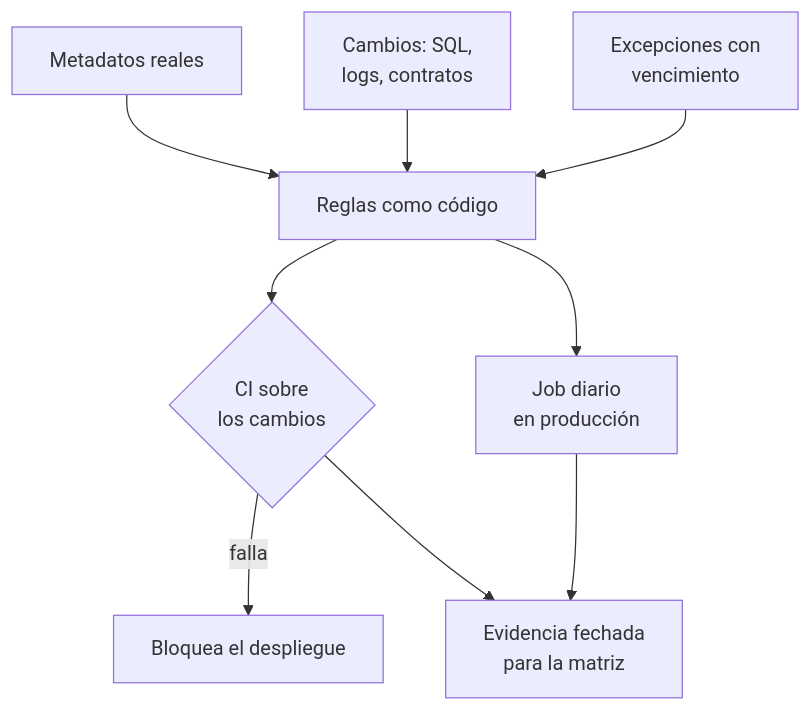
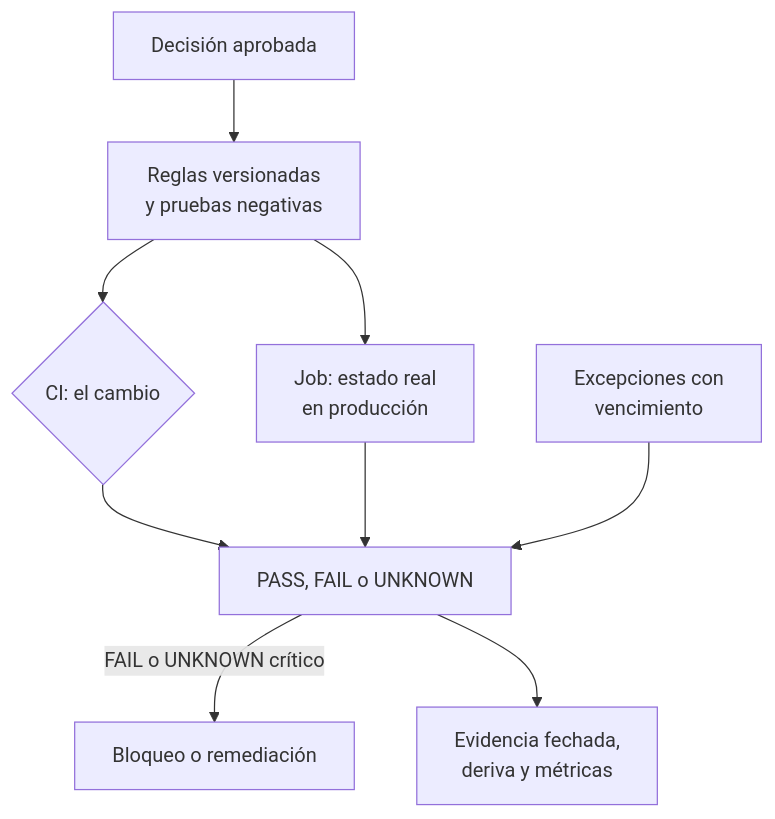
The diagram in content/concepts/privacy-controls-as-code.md (fcp4891/de-knowledge-hub), drawn with Mermaid before and after one commit. The commit also changed other lines of this file and 3 other files, not shown here.

````diff
--- a/content/concepts/privacy-controls-as-code.md
+++ b/content/concepts/privacy-controls-as-code.md
@@ -142,11 +186,11 @@
 ```mermaid
 flowchart TB
-  MD["Metadatos reales"] --> R["Reglas como código"]
-  CH["Cambios: SQL,<br/>logs, contratos"] --> R
-  EX["Excepciones con<br/>vencimiento"] --> R
-  R --> CI{"CI sobre<br/>los cambios"}
-  R --> DJ["Job diario<br/>en producción"]
-  CI -- "falla" --> B["Bloquea el despliegue"]
-  CI --> M["Evidencia fechada<br/>para la matriz"]
-  DJ --> M
+  A["Decisión aprobada"] --> R["Reglas versionadas<br/>y pruebas negativas"]
+  R --> CI{"CI: el cambio"}
+  R --> DJ["Job: estado real<br/>en producción"]
+  CI --> E["PASS, FAIL o UNKNOWN"]
+  DJ --> E
+  X["Excepciones con<br/>vencimiento"] --> E
+  E -- "FAIL o UNKNOWN crítico" --> B["Bloqueo o remediación"]
+  E --> M["Evidencia fechada,<br/>deriva y métricas"]
 ```
````
